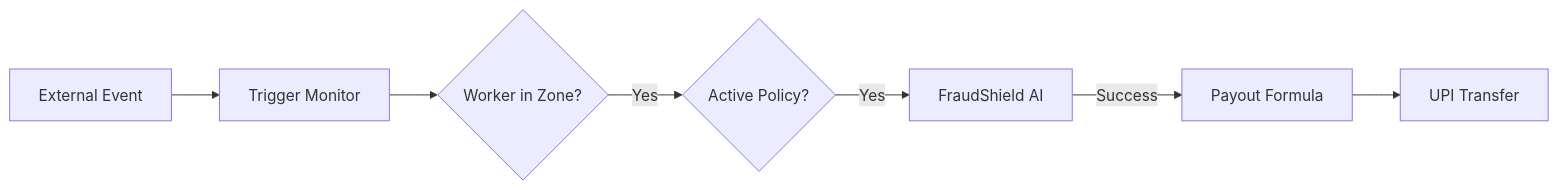
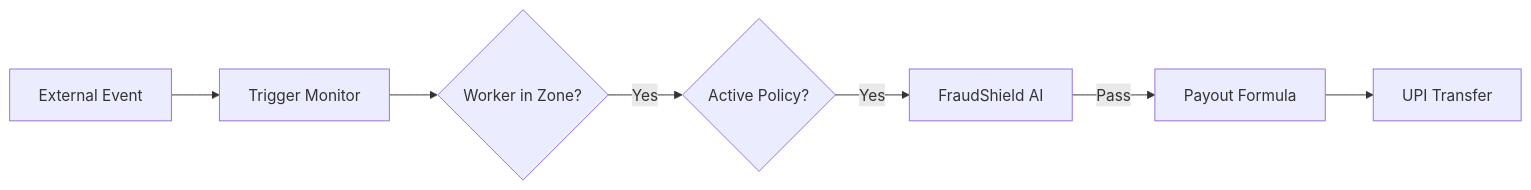
One commit to abdul8704/GuideWire_Visioners changed the first of 2 diagrams in README.md. Above: the diagram before and after it, drawn with Mermaid. The commit also changed other lines of this file and 4 other files, not shown here.

````diff
--- a/README.md
+++ b/README.md
@@ -65,9 +59,9 @@
 ```mermaid
 graph LR
     A[External Event] --> B[Trigger Monitor]
     B --> C{Worker in Zone?}
     C -- Yes --> D{Active Policy?}
     D -- Yes --> E[FraudShield AI]
-    E -- Success --> F[Payout Formula]
+    E -- Pass --> F[Payout Formula]
     F --> G[UPI Transfer]
 ```
````
